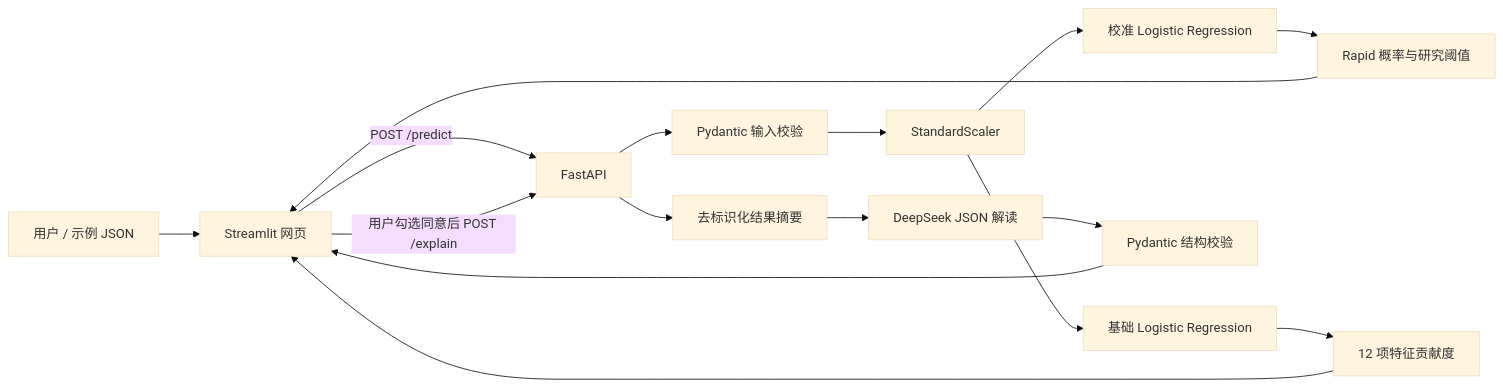
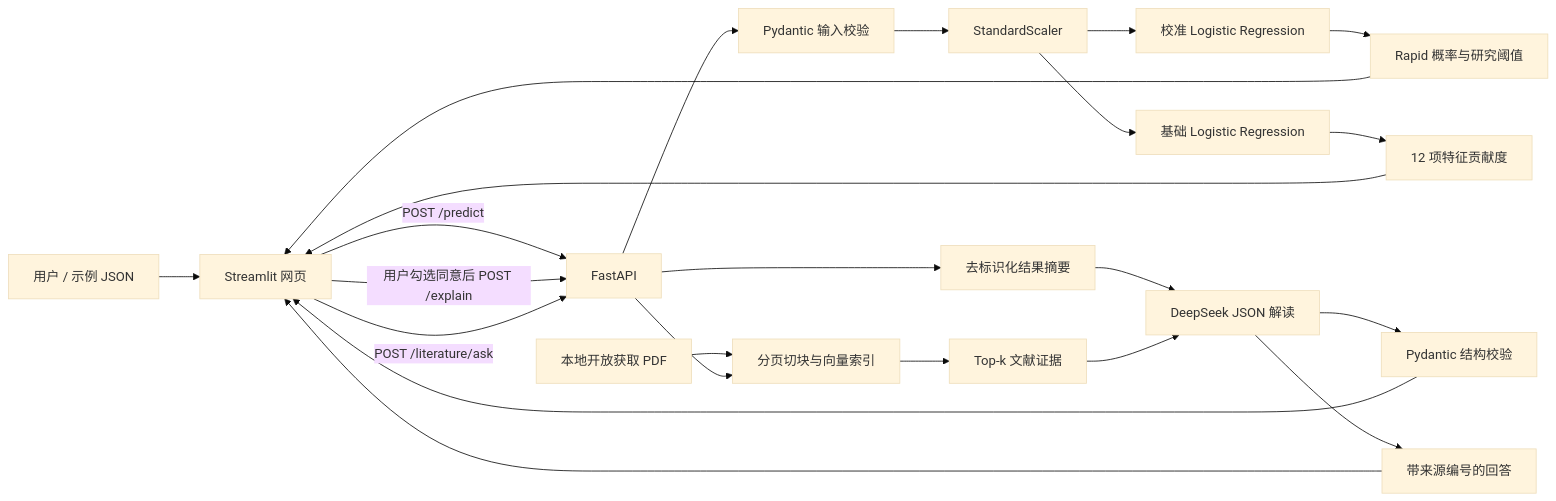
One commit to xia510/ppmi-rapid-subtype-prediction-demo changed the diagram in README.md. Above: the diagram before and after it, drawn with Mermaid (base theme). The commit also changed other lines of this file and 3 other files, not shown here.

````diff
--- a/README.md
+++ b/README.md
@@ -29,18 +30,25 @@
 ```mermaid
 flowchart LR
     U[用户 / 示例 JSON] --> UI[Streamlit 网页]
     UI -->|POST /predict| API[FastAPI]
     API --> V[Pydantic 输入校验]
     V --> S[StandardScaler]
     S --> C[校准 Logistic Regression]
     C --> P[Rapid 概率与研究阈值]
     S --> B[基础 Logistic Regression]
     B --> F[12 项特征贡献度]
     P --> UI
     F --> UI
     UI -->|用户勾选同意后 POST /explain| API
     API --> D[去标识化结果摘要]
     D --> L[DeepSeek JSON 解读]
     L --> J[Pydantic 结构校验]
     J --> UI
+    PDF[本地开放获取 PDF] --> IDX[分页切块与向量索引]
+    UI -->|POST /literature/ask| API
+    API --> IDX
+    IDX --> E[Top-k 文献证据]
+    E --> L
+    L --> R[带来源编号的回答]
+    R --> UI
 ```
````
